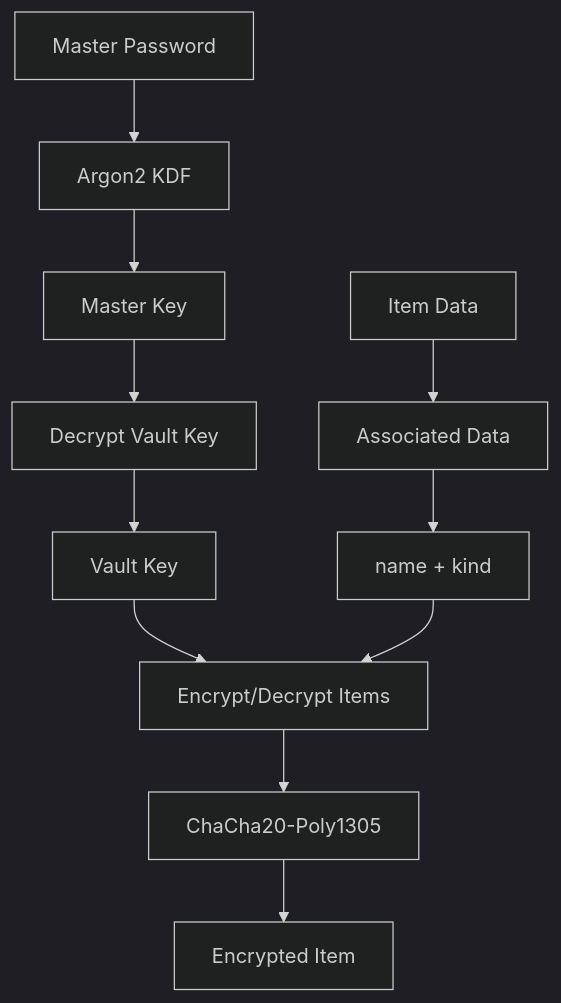
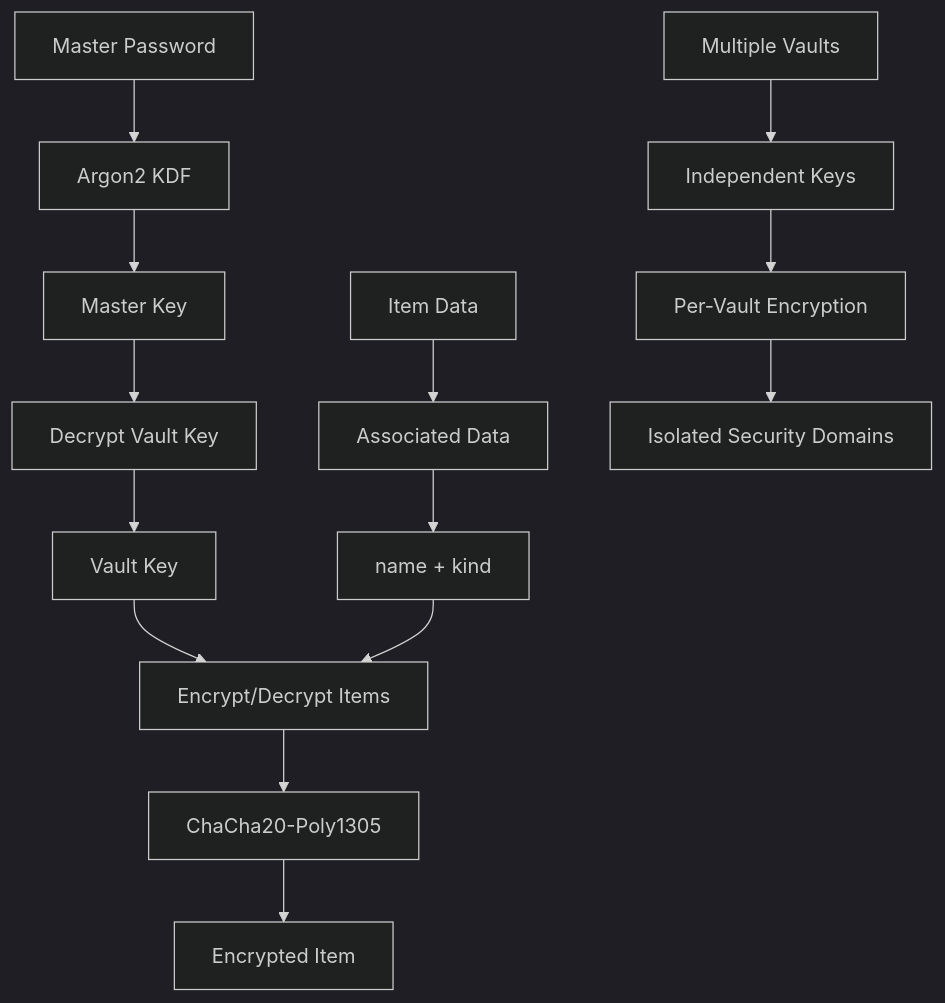
Before and after one commit to mikeleppane/chamber: the fifth of 5 diagrams in README.md, drawn with Mermaid (dark theme). The commit also changed other lines of this file and 3 other files, not shown here.

````diff
--- a/README.md
+++ b/README.md
@@ -222,14 +331,18 @@
 ``` mermaid
 flowchart TD
     A[Master Password] --> B[Argon2 KDF]
     B --> C[Master Key]
     C --> D[Decrypt Vault Key]
     D --> E[Vault Key]
     E --> F[Encrypt/Decrypt Items]
     
     G[Item Data] --> H[Associated Data]
     H --> I[name + kind]
     I --> F
     F --> J[ChaCha20-Poly1305]
     J --> K[Encrypted Item]
+    
+    L[Multiple Vaults] --> M[Independent Keys]
+    M --> N[Per-Vault Encryption]
+    N --> O[Isolated Security Domains]
 ```
````
